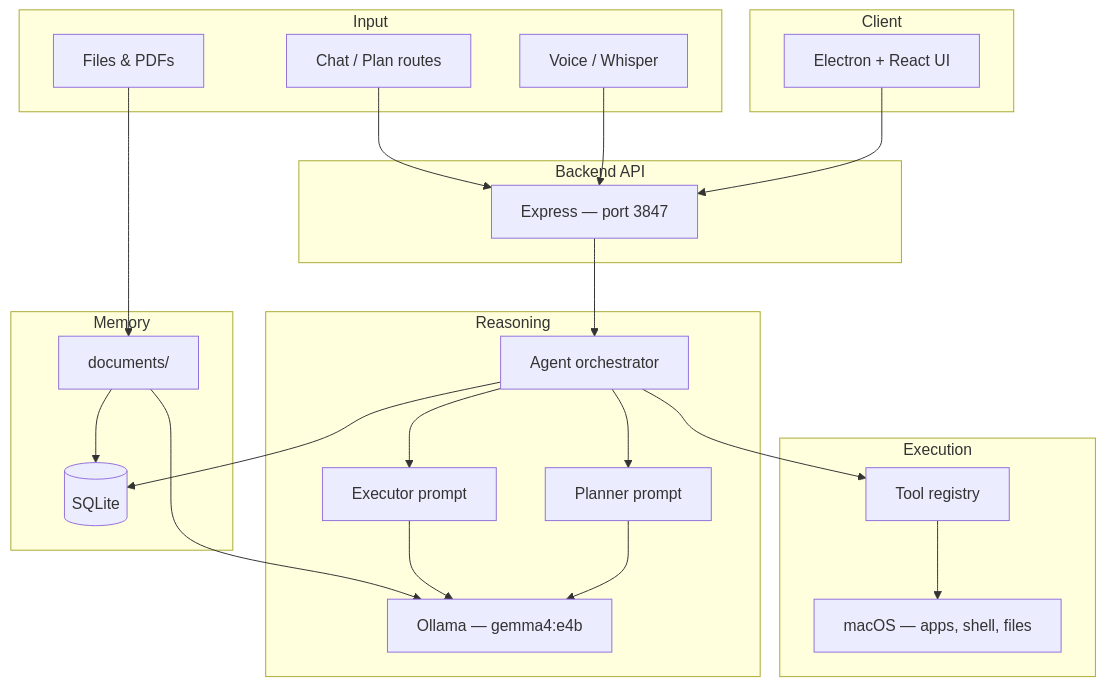
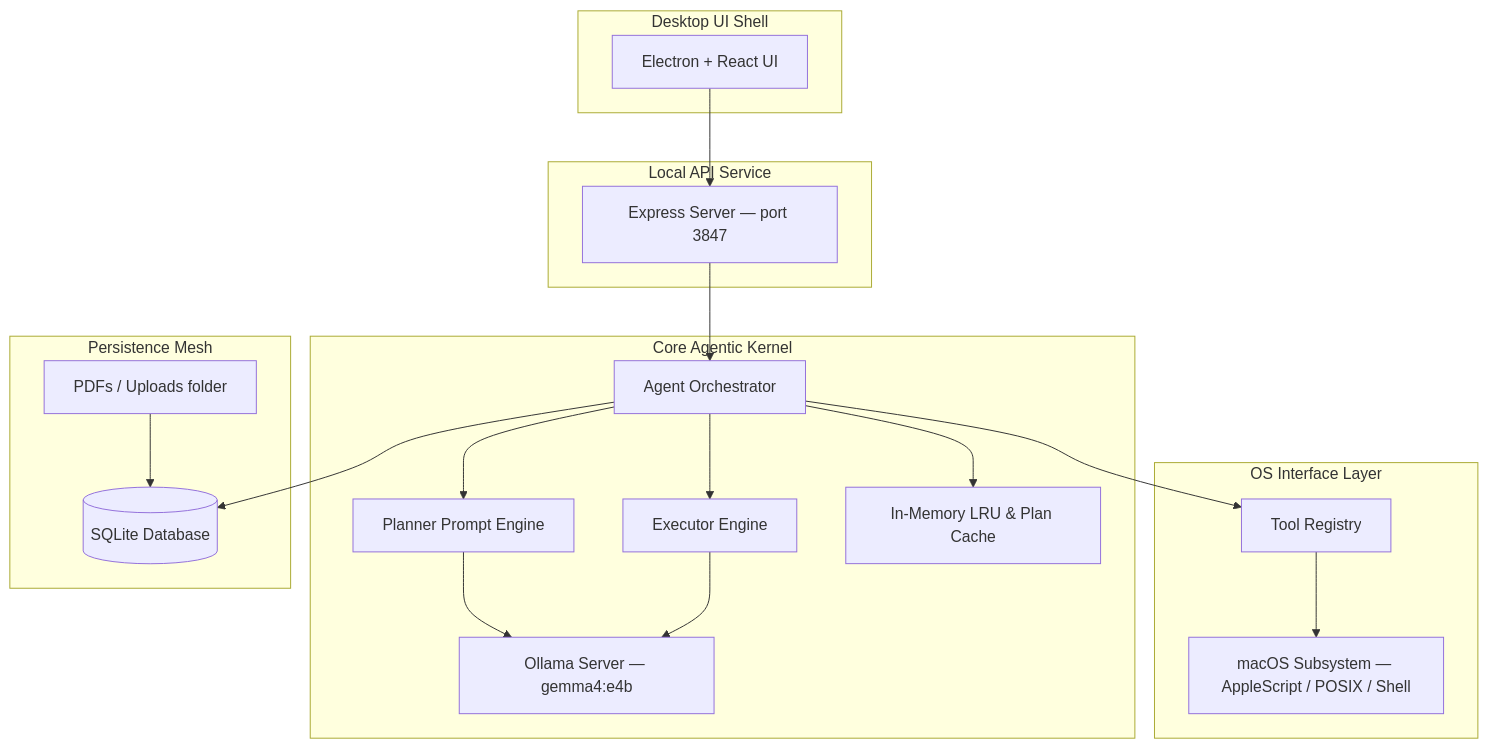
One commit to addygeek/Jarvis-os changed the diagram in README.md. Above: the diagram before and after it, drawn with Mermaid. The commit also changed other lines of this file, not shown here.

````diff
--- a/README.md
+++ b/README.md
@@ -9,48 +38,40 @@
 ```mermaid
 flowchart TB
-  subgraph client [Client]
+  subgraph client [Desktop UI Shell]
     UI[Electron + React UI]
   end
 
-  subgraph api [Backend API]
-    Express[Express — port 3847]
+  subgraph api [Local API Service]
+    Express[Express Server — port 3847]
   end
 
-  subgraph input [Input]
-    Mic[Voice / Whisper]
-    Chat[Chat / Plan routes]
-    Files[Files & PDFs]
+  subgraph brain [Core Agentic Kernel]
+    Agent[Agent Orchestrator]
+    Planner[Planner Prompt Engine]
+    Executor[Executor Engine]
+    Ollama[Ollama Server — gemma4:e4b]
+    Cache[In-Memory LRU & Plan Cache]
   end
 
-  subgraph brain [Reasoning]
-    Agent[Agent orchestrator]
-    Planner[Planner prompt]
-    Executor[Executor prompt]
-    Ollama[Ollama — gemma4:e4b]
+  subgraph exec [OS Interface Layer]
+    Tools[Tool Registry]
+    Mac[macOS Subsystem — AppleScript / POSIX / Shell]
   end
 
-  subgraph exec [Execution]
-    Tools[Tool registry]
-    Mac[macOS — apps, shell, files]
-  end
-
-  subgraph mem [Memory]
-    SQLite[(SQLite)]
-    Docs[documents/]
+  subgraph mem [Persistence Mesh]
+    SQLite[(SQLite Database)]
+    Docs[PDFs / Uploads folder]
   end
 
   UI --> Express
-  Mic --> Express
-  Chat --> Express
-  Files --> Docs
   Express --> Agent
+  Agent --> Cache
   Agent --> Planner
   Agent --> Executor
   Planner --> Ollama
   Executor --> Ollama
   Agent --> Tools
   Tools --> Mac
   Agent --> SQLite
-  Docs --> Ollama
   Docs --> SQLite
 ```
````
